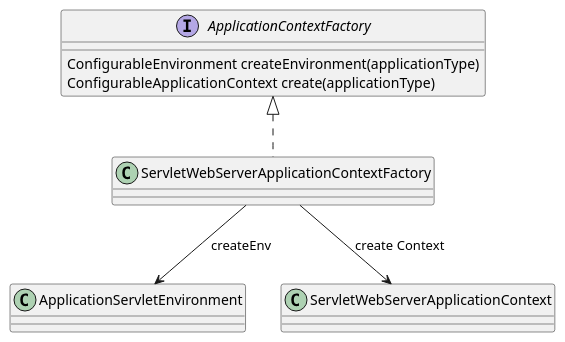
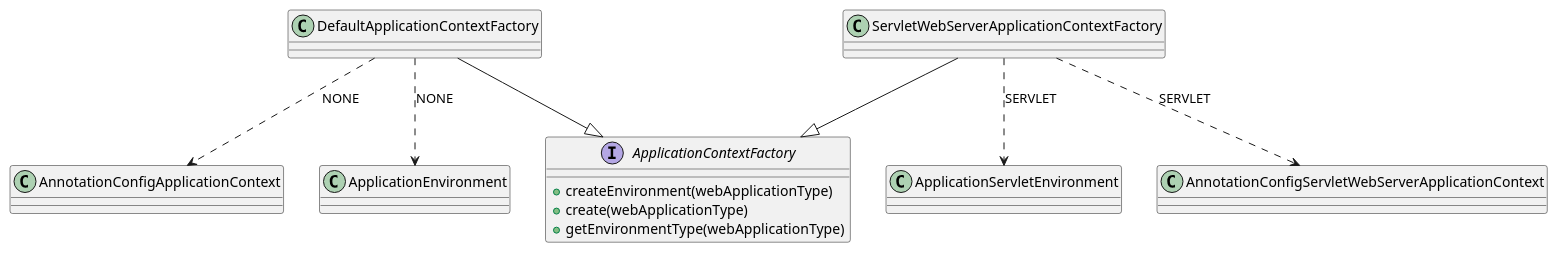
The fifth of 12 diagrams in content/post/java/spring/spring-boot.md (kevinwang930/kevinwang930.github.io), drawn with PlantUML before and after one commit. The commit also changed other lines of this file and 2 other files, not shown here.

````diff
--- a/content/post/java/spring/spring-boot.md
+++ b/content/post/java/spring/spring-boot.md
@@ -137,11 +285,21 @@
 ```plantuml
+@startuml
 interface ApplicationContextFactory {
-    ConfigurableEnvironment createEnvironment(applicationType)
-    ConfigurableApplicationContext create(applicationType)
+  +createEnvironment(webApplicationType)
+  +create(webApplicationType)
+  +getEnvironmentType(webApplicationType)
 }
-
-class ServletWebServerApplicationContextFactory implements ApplicationContextFactory
-
-ServletWebServerApplicationContextFactory --> ApplicationServletEnvironment: createEnv
-ServletWebServerApplicationContextFactory --> ServletWebServerApplicationContext: create Context
+class DefaultApplicationContextFactory
+class ServletWebServerApplicationContextFactory
+class ApplicationEnvironment
+class ApplicationServletEnvironment
+class AnnotationConfigApplicationContext
+class AnnotationConfigServletWebServerApplicationContext
+DefaultApplicationContextFactory --|> ApplicationContextFactory
+ServletWebServerApplicationContextFactory --|> ApplicationContextFactory
+DefaultApplicationContextFactory ..> ApplicationEnvironment : NONE
+ServletWebServerApplicationContextFactory ..> ApplicationServletEnvironment : SERVLET
+DefaultApplicationContextFactory ..> AnnotationConfigApplicationContext : NONE
+ServletWebServerApplicationContextFactory ..> AnnotationConfigServletWebServerApplicationContext : SERVLET
+@enduml
 ```
````
